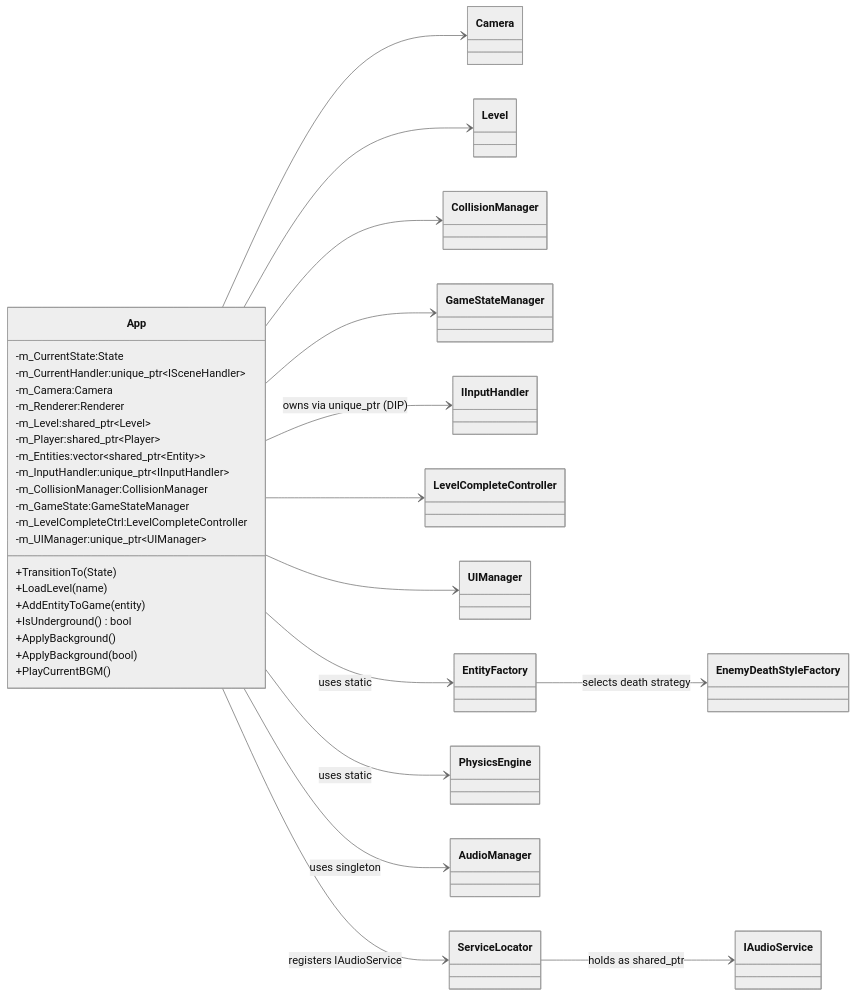
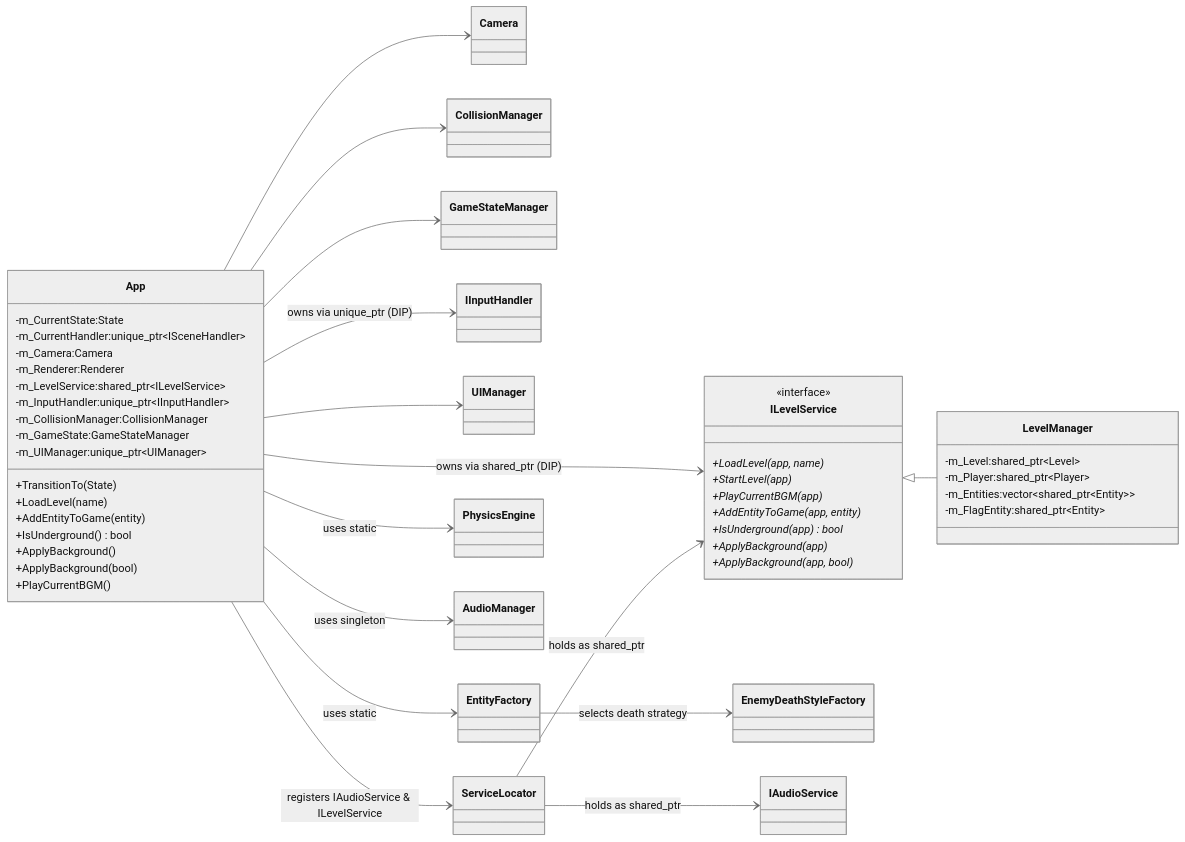
The eighth of 15 diagrams in Constructure.md (Andy87877/NTUT_OOPL_mario), drawn with Mermaid (neutral theme) before and after one commit. The commit also changed other lines of this file and 58 other files, not shown here.

````diff
--- a/Constructure.md
+++ b/Constructure.md
@@ -494,40 +541,56 @@
 ```mermaid
 classDiagram
     direction LR
 
     class App {
         -m_CurrentState:State
         -m_CurrentHandler:unique_ptr~ISceneHandler~
         -m_Camera:Camera
         -m_Renderer:Renderer
-        -m_Level:shared_ptr~Level~
-        -m_Player:shared_ptr~Player~
-        -m_Entities:vector~shared_ptr~Entity~~
+        -m_LevelService:shared_ptr~ILevelService~
         -m_InputHandler:unique_ptr~IInputHandler~
         -m_CollisionManager:CollisionManager
         -m_GameState:GameStateManager
-        -m_LevelCompleteCtrl:LevelCompleteController
         -m_UIManager:unique_ptr~UIManager~
         +TransitionTo(State)
         +LoadLevel(name)
         +AddEntityToGame(entity)
         +IsUnderground() bool
         +ApplyBackground()
         +ApplyBackground(bool)
         +PlayCurrentBGM()
     }
 
+    class ILevelService {
+        <<interface>>
+        +LoadLevel(app, name)*
+        +StartLevel(app)*
+        +PlayCurrentBGM(app)*
+        +AddEntityToGame(app, entity)*
+        +IsUnderground(app) bool*
+        +ApplyBackground(app)*
+        +ApplyBackground(app, bool)*
+    }
+
+    class LevelManager {
+        -m_Level:shared_ptr~Level~
+        -m_Player:shared_ptr~Player~
+        -m_Entities:vector~shared_ptr~Entity~~
+        -m_FlagEntity:shared_ptr~Entity~
+    }
+
+    ILevelService <|-- LevelManager
+    App --> ILevelService : owns via shared_ptr (DIP)
     App --> Camera
-    App --> Level
     App --> CollisionManager
     App --> GameStateManager
     App --> IInputHandler       : owns via unique_ptr (DIP)
-    App --> LevelCompleteController
     App --> UIManager
     App --> EntityFactory      : uses static
     App --> PhysicsEngine      : uses static
     App --> AudioManager       : uses singleton
-    App --> ServiceLocator     : registers IAudioService
+    App --> ServiceLocator     : registers IAudioService & ILevelService
     EntityFactory --> EnemyDeathStyleFactory : selects death strategy
     ServiceLocator --> IAudioService : holds as shared_ptr
+    ServiceLocator --> ILevelService : holds as shared_ptr
 ```
````
